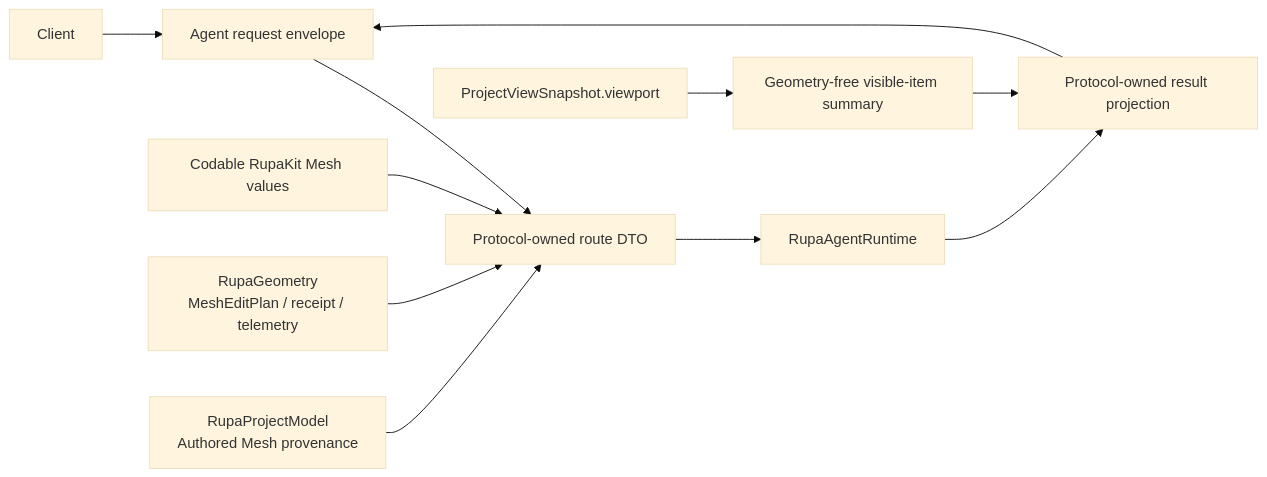
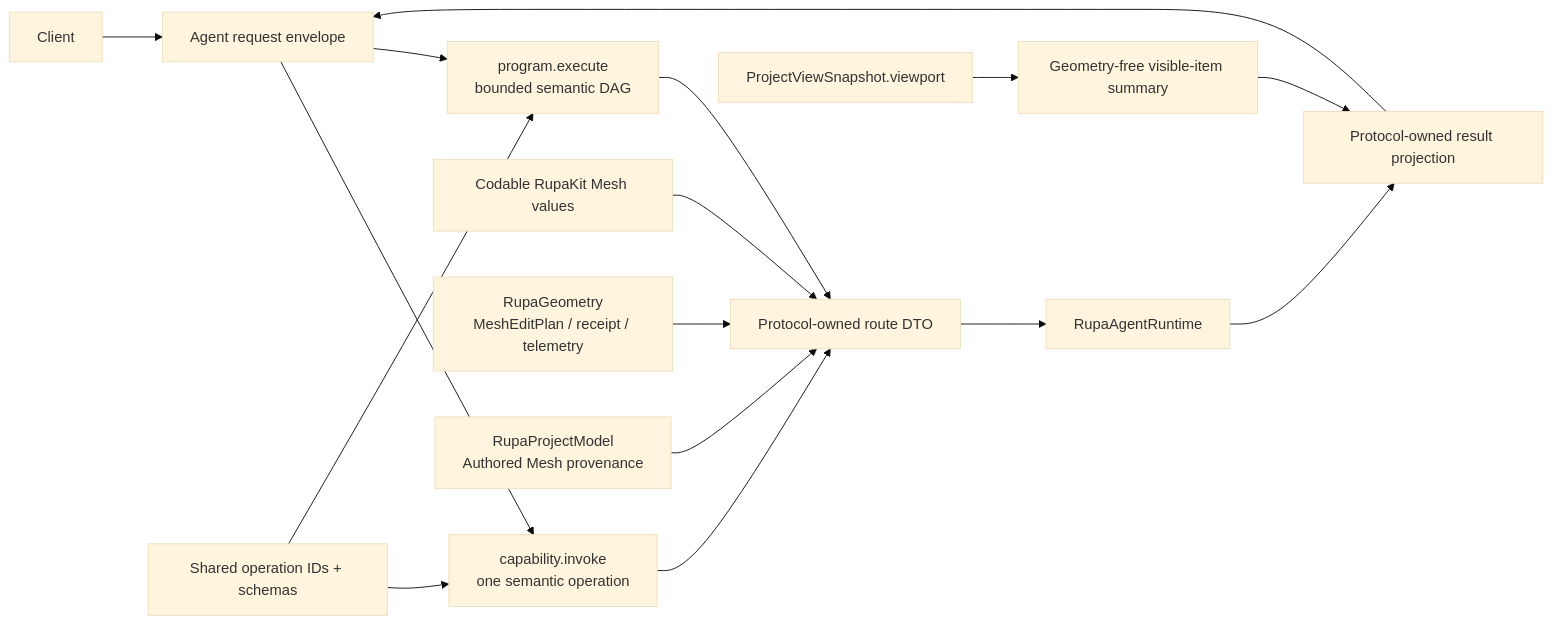
The first of 2 diagrams in RupaKit/Sources/RupaAgentProtocol/DESIGN.md (1amageek/Rupa), drawn with Mermaid (base theme) before and after one commit. The commit also changed other lines of this file and 17 other files, not shown here.

````diff
--- a/RupaKit/Sources/RupaAgentProtocol/DESIGN.md
+++ b/RupaKit/Sources/RupaAgentProtocol/DESIGN.md
@@ -40,13 +60,18 @@
 ```mermaid
 flowchart LR
     Client --> Envelope["Agent request envelope"]
-    Envelope --> DTO["Protocol-owned route DTO"]
+    Envelope --> Direct["capability.invoke\none semantic operation"]
+    Envelope --> Program["program.execute\nbounded semantic DAG"]
+    Direct --> DTO["Protocol-owned route DTO"]
+    Program --> DTO
+    Vocabulary["Shared operation IDs + schemas"] --> Direct
+    Vocabulary --> Program
     RupaKitValues["Codable RupaKit Mesh values"] --> DTO
     Geometry["RupaGeometry\nMeshEditPlan / receipt / telemetry"] --> DTO
     ProjectModel["RupaProjectModel\nAuthored Mesh provenance"] --> DTO
     DTO --> Runtime["RupaAgentRuntime"]
     Runtime --> Result["Protocol-owned result projection"]
     Result --> Envelope
     ProjectView["ProjectViewSnapshot.viewport"] --> Summary["Geometry-free visible-item summary"]
     Summary --> Result
 ```
````
